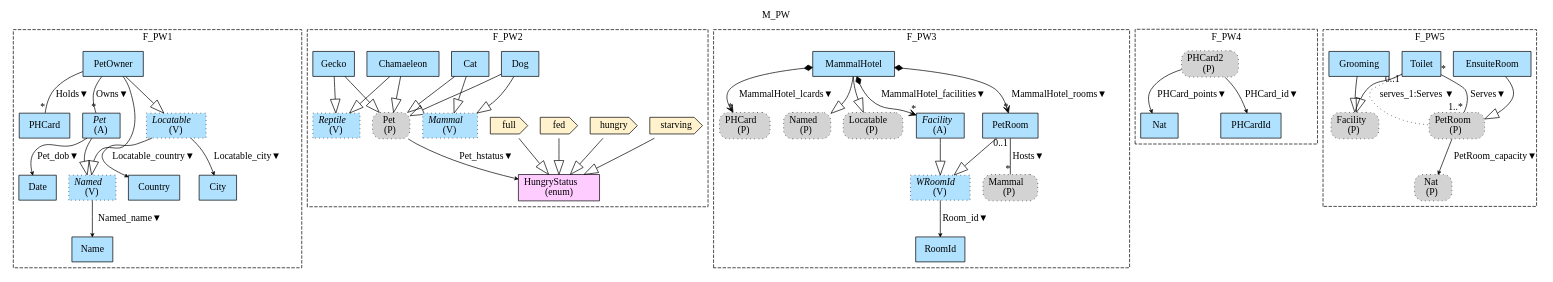
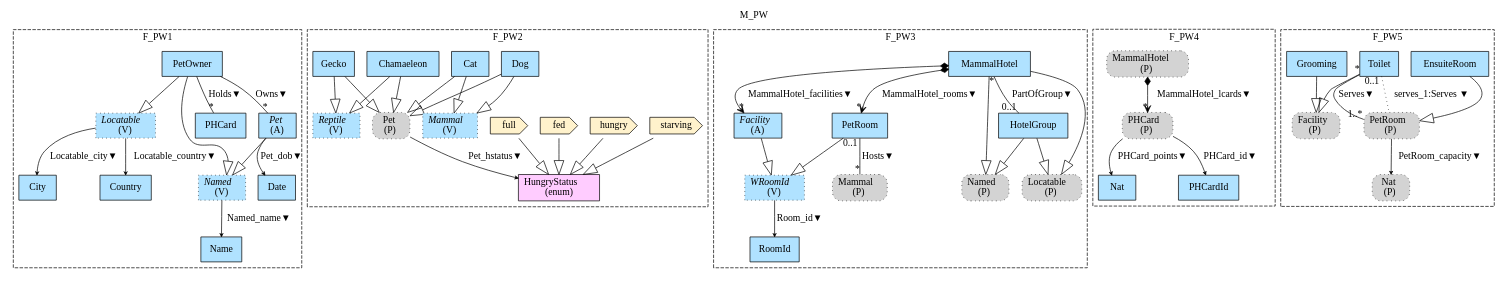
One commit to namalio/Fragmenta changed the diagram in Haskell/FragmentaTests/PetsWorld/img/M_PW_Mdl.gv. Above: the diagram before and after it, drawn with Graphviz. The commit also changed 129 other files, not shown here.

```diff
--- a/Haskell/FragmentaTests/PetsWorld/img/M_PW_Mdl.gv
+++ b/Haskell/FragmentaTests/PetsWorld/img/M_PW_Mdl.gv
@@ -1,109 +1,113 @@
 digraph {graph[label=M_PW,labelloc=tl,labelfontsize=12];
 subgraph cluster_F_PW1{style=dashed;label=F_PW1;
 "Name"[shape=record,fillcolor=lightskyblue1,style = filled,label="Name"];
 "Country"[shape=record,fillcolor=lightskyblue1,style = filled,label="Country"];
 "City"[shape=record,fillcolor=lightskyblue1,style = filled,label="City"];
 "Date"[shape=record,fillcolor=lightskyblue1,style = filled,label="Date"];
 "PHCard"[shape=record,fillcolor=lightskyblue1,style = filled,label="PHCard"];
 "Pet"[shape=record,fillcolor=lightskyblue1,style = filled,label=<{<I>Pet</I><br/>(A)}>];
 "Named"[shape=record,fillcolor=lightskyblue1,style ="filled,dotted",label=<{<I>Named</I><br/>(V)}>];
 "PetOwner"[shape=record,fillcolor=lightskyblue1,style = filled,label="PetOwner"];
 "Locatable"[shape=record,fillcolor=lightskyblue1,style ="filled,dotted",label=<{<I>Locatable</I><br/>(V)}>];
 
 "Named"->"Name"[label="Named_name▼",arrowhead=vee,headlabel="",arrowsize=.5];
 "Locatable"->"Country"[label="Locatable_country▼",arrowhead=vee,headlabel="",arrowsize=.5];
 "Locatable"->"City"[label="Locatable_city▼",arrowhead=vee,headlabel="",arrowsize=.5];
 "Pet"->"Date"[label="Pet_dob▼",arrowhead=vee,headlabel="",arrowsize=.5];
 "PetOwner"->"Pet"[label="Owns▼",dir=none,taillabel="",headlabel="*"];
 "PetOwner"->"PHCard"[label="Holds▼",dir=none,taillabel="",headlabel="*"];
 "Pet"->"Named"[arrowhead=onormal,arrowsize=2.0];
 "PetOwner"->"Named"[arrowhead=onormal,arrowsize=2.0];
 "PetOwner"->"Locatable"[arrowhead=onormal,arrowsize=2.0];
 
 }
 subgraph cluster_F_PW2{style=dashed;label=F_PW2;
 "starving"[shape=cds,fillcolor="#FFF2CC",style = filled,label="starving"];
 "hungry"[shape=cds,fillcolor="#FFF2CC",style = filled,label="hungry"];
 "fed"[shape=cds,fillcolor="#FFF2CC",style = filled,label="fed"];
 "full"[shape=cds,fillcolor="#FFF2CC",style = filled,label="full"];
 "HungryStatus"[shape=record,fillcolor="#FFCCFF",style = filled,label="HungryStatus\l(enum)"];
 "PPet"[shape=box,fillcolor=lightgray,style ="rounded,filled,dotted",label=<Pet<br/>(P)>];
 "Dog"[shape=record,fillcolor=lightskyblue1,style = filled,label="Dog"];
 "Cat"[shape=record,fillcolor=lightskyblue1,style = filled,label="Cat"];
 "Mammal"[shape=record,fillcolor=lightskyblue1,style ="filled,dotted",label=<{<I>Mammal</I><br/>(V)}>];
 "Chamaeleon"[shape=record,fillcolor=lightskyblue1,style = filled,label="Chamaeleon"];
 "Gecko"[shape=record,fillcolor=lightskyblue1,style = filled,label="Gecko"];
 "Reptile"[shape=record,fillcolor=lightskyblue1,style ="filled,dotted",label=<{<I>Reptile</I><br/>(V)}>];
 
 "starving"->"HungryStatus"[arrowhead=onormal,arrowsize=2.0];
 "hungry"->"HungryStatus"[arrowhead=onormal,arrowsize=2.0];
 "fed"->"HungryStatus"[arrowhead=onormal,arrowsize=2.0];
 "full"->"HungryStatus"[arrowhead=onormal,arrowsize=2.0];
 "PPet"->"HungryStatus"[label="Pet_hstatus▼",arrowhead=vee,headlabel="",arrowsize=.5];
 "Dog"->"PPet"[arrowhead=onormal,arrowsize=2.0];
 "Cat"->"PPet"[arrowhead=onormal,arrowsize=2.0];
 "Chamaeleon"->"PPet"[arrowhead=onormal,arrowsize=2.0];
 "Gecko"->"PPet"[arrowhead=onormal,arrowsize=2.0];
 "Dog"->"Mammal"[arrowhead=onormal,arrowsize=2.0];
 "Cat"->"Mammal"[arrowhead=onormal,arrowsize=2.0];
 "Chamaeleon"->"Reptile"[arrowhead=onormal,arrowsize=2.0];
 "Gecko"->"Reptile"[arrowhead=onormal,arrowsize=2.0];
 
 }
 
 subgraph cluster_F_PW3{style=dashed;label=F_PW3;
-"PPHCard"[shape=box,fillcolor=lightgray,style ="rounded,filled,dotted",label=<PHCard<br/>(P)>];
 "PMammal"[shape=box,fillcolor=lightgray,style ="rounded,filled,dotted",label=<Mammal<br/>(P)>];
 "RoomId"[shape=record,fillcolor=lightskyblue1,style = filled,label="RoomId"];
-"PNamed"[shape=box,fillcolor=lightgray,style ="rounded,filled,dotted",label=<Named<br/>(P)>];
-"MammalHotel"[shape=record,fillcolor=lightskyblue1,style = filled,label="MammalHotel"];
-"PLocatable"[shape=box,fillcolor=lightgray,style ="rounded,filled,dotted",label=<Locatable<br/>(P)>];
 "PetRoom"[shape=record,fillcolor=lightskyblue1,style = filled,label="PetRoom"];
 "Facility"[shape=record,fillcolor=lightskyblue1,style = filled,label=<{<I>Facility</I><br/>(A)}>];
 "WRoomId"[shape=record,fillcolor=lightskyblue1,style ="filled,dotted",label=<{<I>WRoomId</I><br/>(V)}>];
+"PNamed"[shape=box,fillcolor=lightgray,style ="rounded,filled,dotted",label=<Named<br/>(P)>];
+"PLocatable"[shape=box,fillcolor=lightgray,style ="rounded,filled,dotted",label=<Locatable<br/>(P)>];
+"MammalHotel"[shape=record,fillcolor=lightskyblue1,style = filled,label="MammalHotel"];
+"HotelGroup"[shape=record,fillcolor=lightskyblue1,style = filled,label="HotelGroup"];
 
 "MammalHotel"->"PetRoom"[label="MammalHotel_rooms▼",arrowhead=vee,arrowtail=diamond,dir=both,headlabel="*"];
 "MammalHotel"->"Facility"[label="MammalHotel_facilities▼",arrowhead=vee,arrowtail=diamond,dir=both,headlabel="*"];
-"MammalHotel"->"PPHCard"[label="MammalHotel_lcards▼",arrowhead=vee,arrowtail=diamond,dir=both,headlabel="*"];
 "PetRoom"->"PMammal"[label="Hosts▼",dir=none,taillabel="0..1",headlabel="*"];
 "WRoomId"->"RoomId"[label="Room_id▼",arrowhead=vee,headlabel="",arrowsize=.5];
 "MammalHotel"->"PNamed"[arrowhead=onormal,arrowsize=2.0];
 "MammalHotel"->"PLocatable"[arrowhead=onormal,arrowsize=2.0];
 "PetRoom"->"WRoomId"[arrowhead=onormal,arrowsize=2.0];
 "Facility"->"WRoomId"[arrowhead=onormal,arrowsize=2.0];
+"HotelGroup"->"PNamed"[arrowhead=onormal,arrowsize=2.0];
+"HotelGroup"->"PLocatable"[arrowhead=onormal,arrowsize=2.0];
+"MammalHotel"->"HotelGroup"[label="PartOfGroup▼",dir=none,taillabel="*",headlabel="0..1"];
 
 }
 
 
 
-
 subgraph cluster_F_PW4{style=dashed;label=F_PW4;
 "Nat"[shape=record,fillcolor=lightskyblue1,style = filled,label="Nat"];
-"PPHCard2"[shape=box,fillcolor=lightgray,style ="rounded,filled,dotted",label=<PHCard2<br/>(P)>];
 "PHCardId"[shape=record,fillcolor=lightskyblue1,style = filled,label="PHCardId"];
+"PMammalHotel"[shape=box,fillcolor=lightgray,style ="rounded,filled,dotted",label=<MammalHotel<br/>(P)>];
+"PPHCard"[shape=box,fillcolor=lightgray,style ="rounded,filled,dotted",label=<PHCard<br/>(P)>];
 
-"PPHCard2"->"Nat"[label="PHCard_points▼",arrowhead=vee,headlabel="",arrowsize=.5];
-"PPHCard2"->"PHCardId"[label="PHCard_id▼",arrowhead=vee,headlabel="",arrowsize=.5];
+"PPHCard"->"Nat"[label="PHCard_points▼",arrowhead=vee,headlabel="",arrowsize=.5];
+"PPHCard"->"PHCardId"[label="PHCard_id▼",arrowhead=vee,headlabel="",arrowsize=.5];
+"PMammalHotel"->"PPHCard"[label="MammalHotel_lcards▼",arrowhead=vee,arrowtail=diamond,dir=both,headlabel="*"];
 
 }
+
 
 subgraph cluster_F_PW5{style=dashed;label=F_PW5;
 "PNat"[shape=box,fillcolor=lightgray,style ="rounded,filled,dotted",label=<Nat<br/>(P)>];
 "EnsuiteRoom"[shape=record,fillcolor=lightskyblue1,style = filled,label="EnsuiteRoom"];
 "PPetRoom"[shape=box,fillcolor=lightgray,style ="rounded,filled,dotted",label=<PetRoom<br/>(P)>];
 "Toilet"[shape=record,fillcolor=lightskyblue1,style = filled,label="Toilet"];
 "Grooming"[shape=record,fillcolor=lightskyblue1,style = filled,label="Grooming"];
 "PFacility"[shape=box,fillcolor=lightgray,style ="rounded,filled,dotted",label=<Facility<br/>(P)>];
 
 "PPetRoom"->"PNat"[label="PetRoom_capacity▼",arrowhead=vee,headlabel="",arrowsize=.5];
 "Toilet"->"PPetRoom"[label="Serves▼",dir=none,taillabel="*",headlabel="1..*"];
 "Toilet"->"PPetRoom"[label="serves_1:Serves ▼",dir=none,taillabel="0..1",headlabel="",style=dotted];
 "EnsuiteRoom"->"PPetRoom"[arrowhead=onormal,arrowsize=2.0];
 "Toilet"->"PFacility"[arrowhead=onormal,arrowsize=2.0];
 "Grooming"->"PFacility"[arrowhead=onormal,arrowsize=2.0];
 
 }
 
 
 
 }
```
